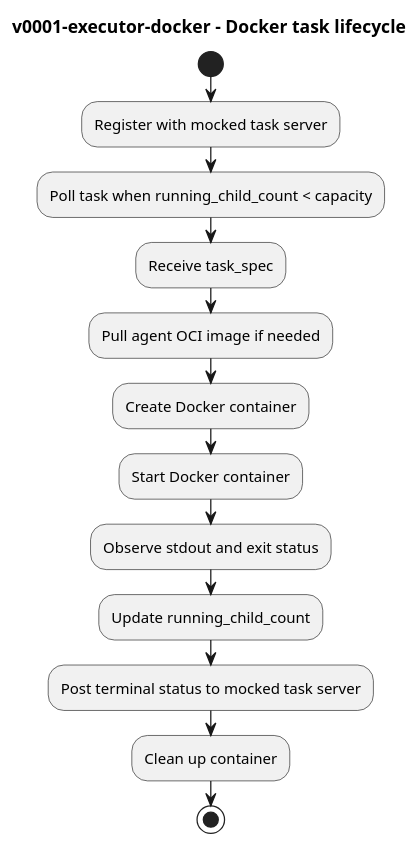
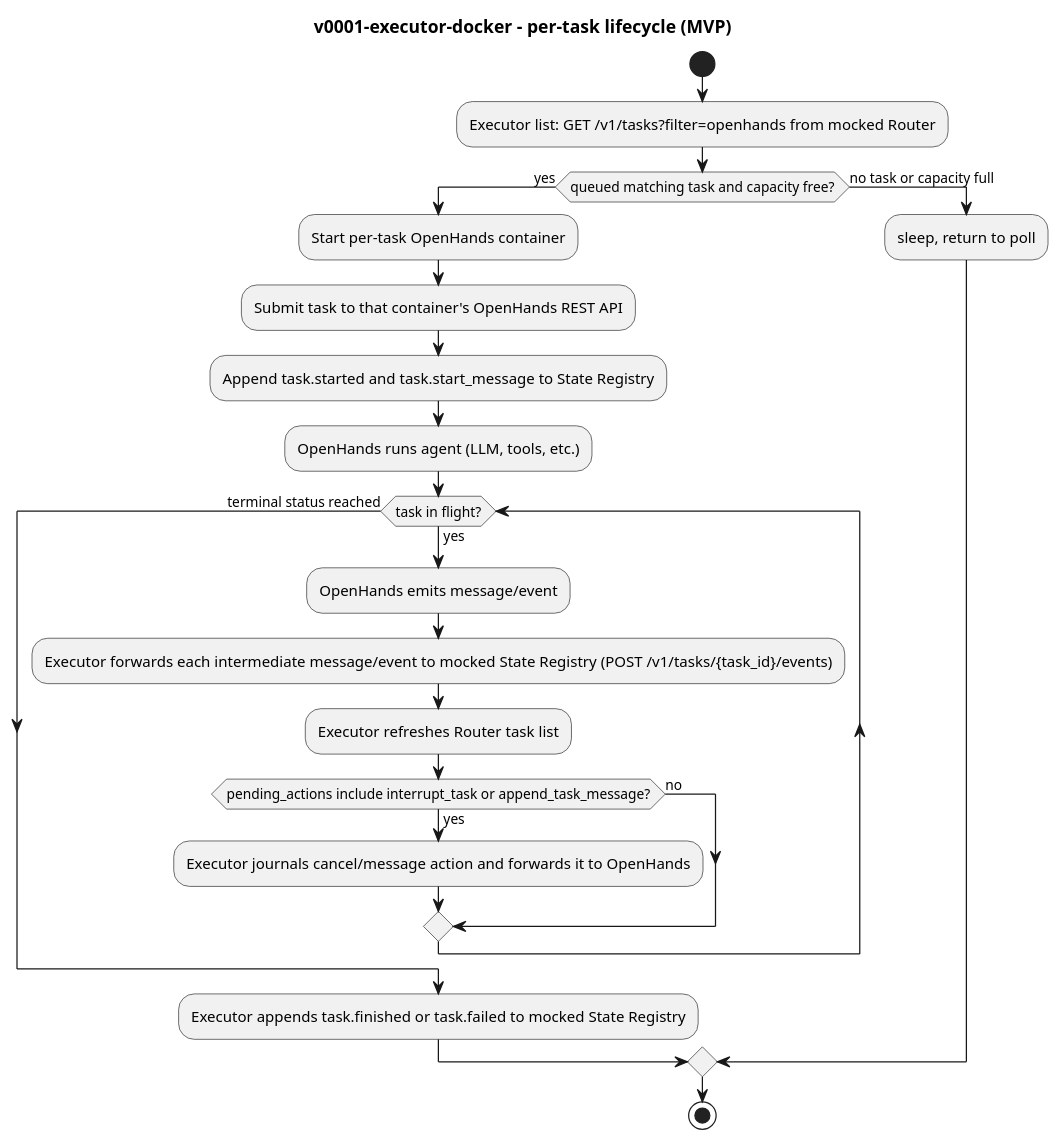
Before and after one commit to pandops/flowai: the diagram in openspec/changes/v0001-executor-docker/specs/diagrams/02-docker-task-lifecycle.puml, drawn with PlantUML. The commit also changed 2 other files, not shown here.

Commit message:
docs(diagrams): update docker executor flows
Ultraworked with [Sisyphus](https://github.com/code-yeongyu/oh-my-openagent)

```diff
--- a/openspec/changes/v0001-executor-docker/specs/diagrams/02-docker-task-lifecycle.puml
+++ b/openspec/changes/v0001-executor-docker/specs/diagrams/02-docker-task-lifecycle.puml
@@ -1,17 +1,27 @@
 @startuml
-title v0001-executor-docker - Docker task lifecycle
+title v0001-executor-docker - per-task lifecycle (MVP)
 
 start
-:Register with mocked task server;
-:Poll task when running_child_count < capacity;
-:Receive task_spec;
-:Pull agent OCI image if needed;
-:Create Docker container;
-:Start Docker container;
-:Observe stdout and exit status;
-:Update running_child_count;
-:Post terminal status to mocked task server;
-:Clean up container;
+:Executor list: GET /v1/tasks?filter=openhands from mocked Router;
+if (queued matching task and capacity free?) then (yes)
+  :Start per-task OpenHands container;
+  :Submit task to that container's OpenHands REST API;
+  :Append task.started and task.start_message to State Registry;
+  :OpenHands runs agent (LLM, tools, etc.);
+  while (task in flight?) is (yes)
+    :OpenHands emits message/event;
+    :Executor forwards each intermediate message/event to mocked State Registry (POST /v1/tasks/{task_id}/events);
+    :Executor refreshes Router task list;
+    if (pending_actions include interrupt_task or append_task_message?) then (yes)
+      :Executor journals cancel/message action and forwards it to OpenHands;
+    else (no)
+    endif
+  endwhile (terminal status reached)
+  :Executor appends task.finished or task.failed to mocked State Registry;
+else (no task or capacity full)
+  :sleep, return to poll;
+endif
+
 stop
 
 @enduml
```
